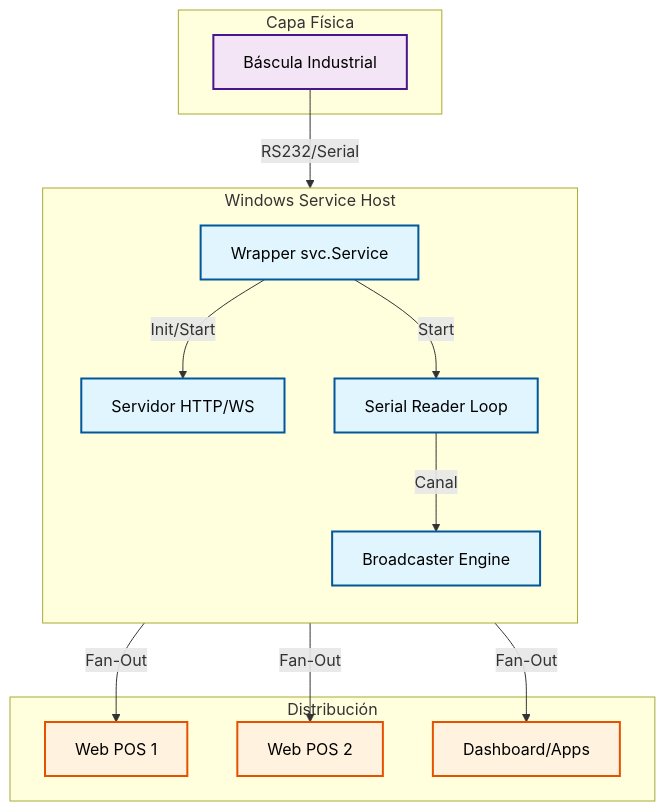
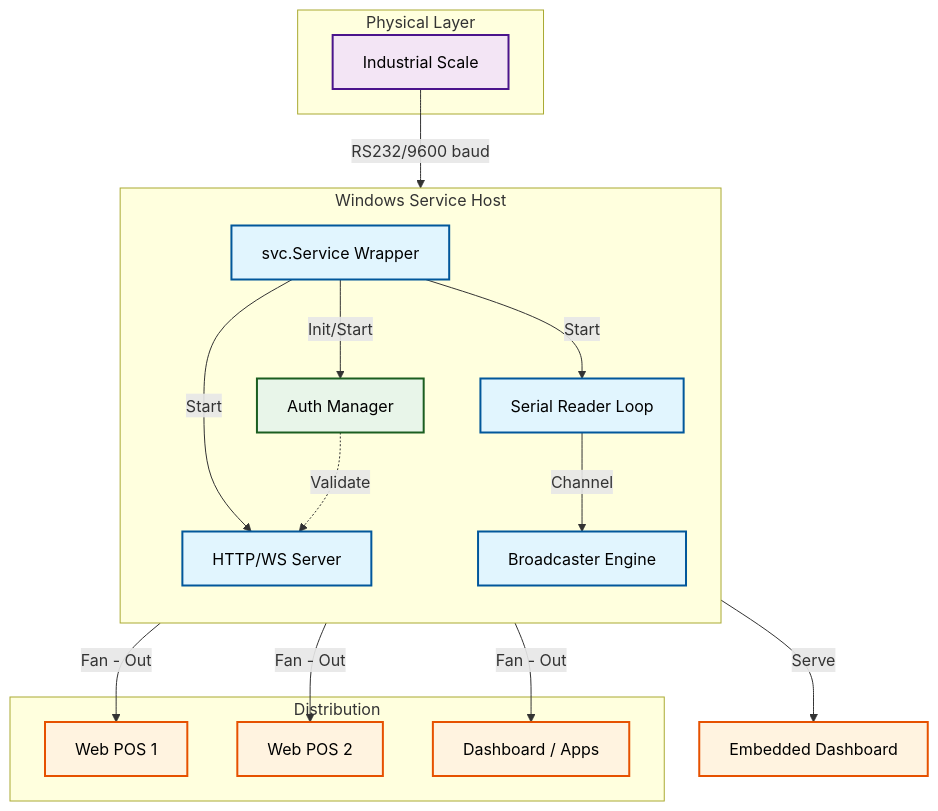
The first of 2 diagrams in README.md (adcondev/scale-daemon), drawn with Mermaid before and after one commit. The commit also changed other lines of this file and 2 other files, not shown here.

Commit message:
docs(general): add comprehensive LEARNING.md and update README.md for Scale Daemon

````diff
--- a/README.md
+++ b/README.md
@@ -15,24 +27,28 @@
 ```mermaid
 graph TD
-    classDef go fill:#e1f5fe,stroke:#01579b,stroke-width:2px,color:#000;
-    classDef data fill:#fff3e0,stroke:#e65100,stroke-width:2px,color:#000;
-    classDef hw fill:#f3e5f5,stroke:#4a148c,stroke-width:2px,color:#000;
+    classDef go fill: #e1f5fe, stroke: #01579b, stroke-width: 2px, color: #000
+    classDef data fill: #fff3e0, stroke: #e65100, stroke-width: 2px, color: #000
+    classDef hw fill: #f3e5f5, stroke: #4a148c, stroke-width: 2px, color: #000
+    classDef sec fill: #e8f5e9, stroke: #1b5e20, stroke-width: 2px, color: #000
 
     subgraph Host["Windows Service Host"]
         direction TB
-        Service[Wrapper svc.Service]:::go -->|Init/Start| HTTP[Servidor HTTP/WS]:::go
-        Service -->|Start| Reader[Serial Reader Loop]:::go
-        Reader -->|Canal| Broadcast[Broadcaster Engine]:::go
+        Service["svc.Service Wrapper"]:::go -->|Init/Start| Auth["Auth Manager"]:::sec
+        Service -->|Start| HTTP["HTTP/WS Server"]:::go
+        Service -->|Start| Reader["Serial Reader Loop"]:::go
+        Reader -->|Channel| Broadcast["Broadcaster Engine"]:::go
+        Auth -.->|Validate| HTTP
     end
 
-    subgraph Hardware["Capa Física"]
-        Scale[Báscula Industrial]:::hw -->|RS232/Serial| Reader
+    subgraph Hardware["Physical Layer"]
+        Scale["Industrial Scale"]:::hw -->|RS232/9600 baud| Reader
     end
 
-    subgraph Network["Distribución"]
-        Broadcast -->|Fan-Out| Client1[Web POS 1]:::data
-        Broadcast -->|Fan-Out| Client2[Web POS 2]:::data
-        Broadcast -->|Fan-Out| ClientN[Dashboard/Apps]:::data
+    subgraph Network["Distribution"]
+        Broadcast -->|Fan - Out| Client1["Web POS 1"]:::data
+        Broadcast -->|Fan - Out| Client2["Web POS 2"]:::data
+        Broadcast -->|Fan - Out| ClientN["Dashboard / Apps"]:::data
     end
 
+    HTTP -->|Serve| Dashboard["Embedded Dashboard"]:::data
 ```
````
